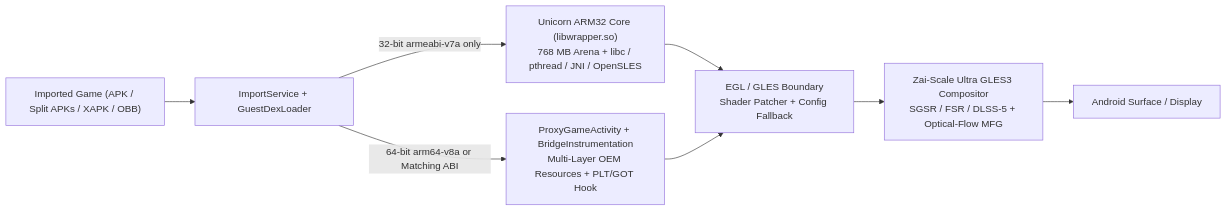
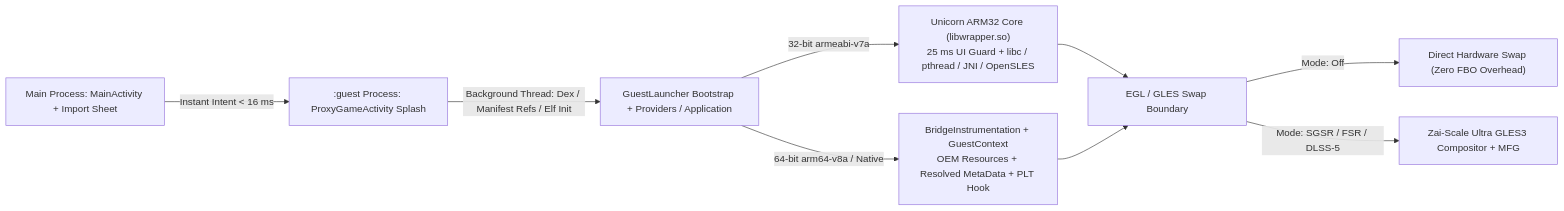
The diagram in README.md (mohdziauddin2006-cloud/zai-bridge), drawn with Mermaid before and after one commit. The commit also changed other lines of this file and 31 other files, not shown here.

Commit message:
release(v4.0.0): isolate :guest process, exclusive Unicorn pool, async UI pump & OS metadata resolution

````diff
--- a/README.md
+++ b/README.md
@@ -53,10 +52,11 @@
 ```mermaid
 flowchart LR
-    APK["Imported Game (APK / Split APKs / XAPK / OBB)"] --> IMP["ImportService + GuestDexLoader"]
-    IMP -->|32-bit armeabi-v7a only| U32["Unicorn ARM32 Core (libwrapper.so)<br/>768 MB Arena + libc / pthread / JNI / OpenSLES"]
-    IMP -->|64-bit arm64-v8a or Matching ABI| N64["ProxyGameActivity + BridgeInstrumentation<br/>Multi-Layer OEM Resources + PLT/GOT Hook"]
-    U32 --> EGL["EGL / GLES Boundary<br/>Shader Patcher + Config Fallback"]
+    UI["Main Process: MainActivity + Import Sheet"] -->|Instant Intent < 16 ms| SPLASH[":guest Process: ProxyGameActivity Splash"]
+    SPLASH -->|Background Thread: Dex / Manifest Refs / Elf Init| BOOT["GuestLauncher Bootstrap + Providers / Application"]
+    BOOT -->|32-bit armeabi-v7a| U32["Unicorn ARM32 Core (libwrapper.so)<br/>25 ms UI Guard + libc / pthread / JNI / OpenSLES"]
+    BOOT -->|64-bit arm64-v8a / Native| N64["BridgeInstrumentation + GuestContext<br/>OEM Resources + Resolved MetaData + PLT Hook"]
+    U32 --> EGL["EGL / GLES Swap Boundary"]
     N64 --> EGL
-    EGL --> COMP["Zai-Scale Ultra GLES3 Compositor<br/>SGSR / FSR / DLSS-5 + Optical-Flow MFG"]
-    COMP --> DISP["Android Surface / Display"]
+    EGL -->|Mode: Off| PASS["Direct Hardware Swap (Zero FBO Overhead)"]
+    EGL -->|Mode: SGSR / FSR / DLSS-5| COMP["Zai-Scale Ultra GLES3 Compositor + MFG"]
 ```
````
